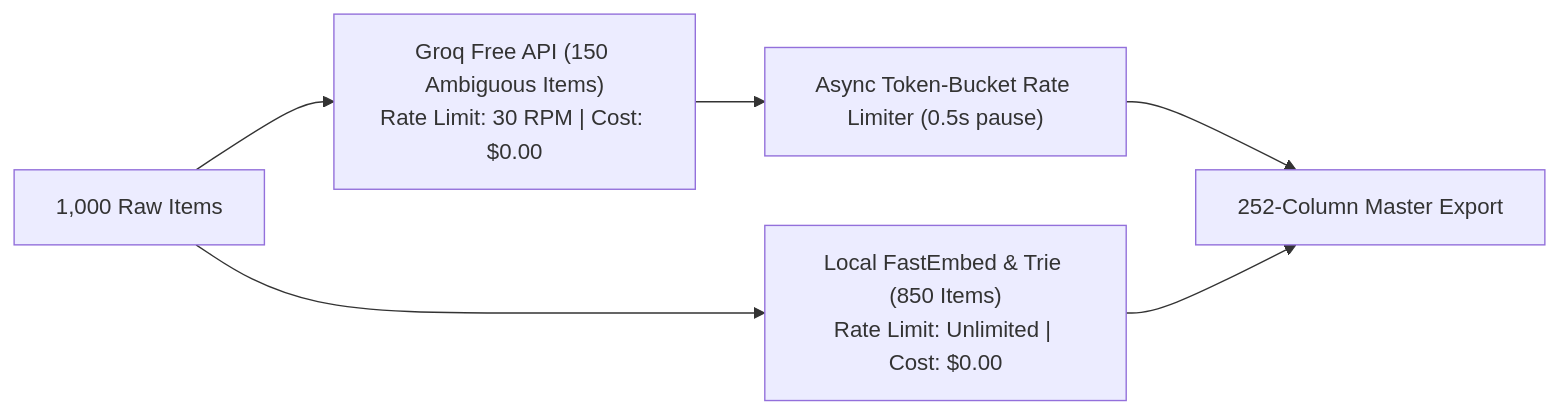
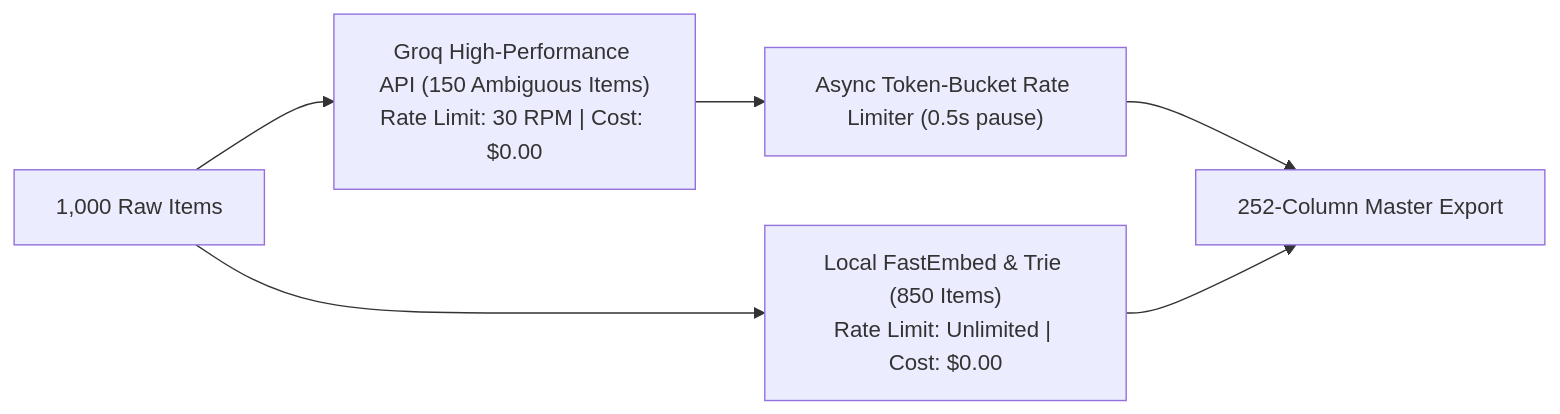
Before and after one commit to Adityaraj1969/AI-Powered-Product-Intelligence-for-Industrial-Commerce: the second of 2 diagrams in docs/AI_Strategy.md, drawn with Mermaid. The commit also changed other lines of this file and 16 other files, not shown here.

````diff
--- a/docs/AI_Strategy.md
+++ b/docs/AI_Strategy.md
@@ -216,8 +216,8 @@
 ```mermaid
 graph LR
     IN_1000[1,000 Raw Items] --> CPU_LOCAL["Local FastEmbed & Trie (850 Items)<br/>Rate Limit: Unlimited | Cost: $0.00"]
-    IN_1000 --> GROQ_FREE["Groq Free API (150 Ambiguous Items)<br/>Rate Limit: 30 RPM | Cost: $0.00"]
+    IN_1000 --> GROQ_FREE["Groq High-Performance API (150 Ambiguous Items)<br/>Rate Limit: 30 RPM | Cost: $0.00"]
     GROQ_FREE --> QUEUE["Async Token-Bucket Rate Limiter (0.5s pause)"]
     QUEUE --> DELIVER[252-Column Master Export]
     CPU_LOCAL --> DELIVER
 ```
````
